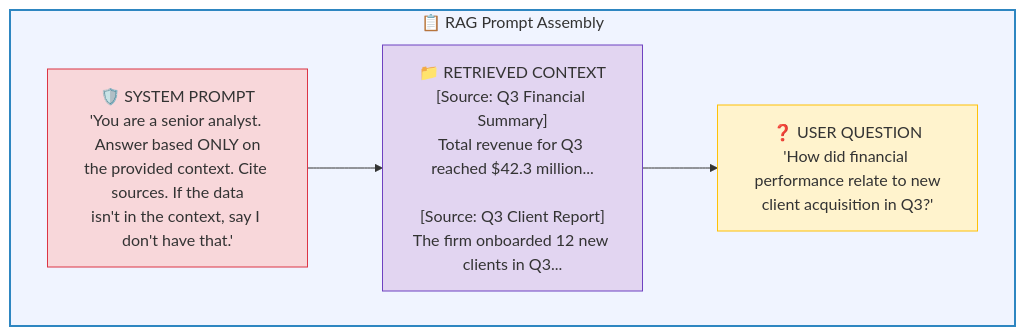
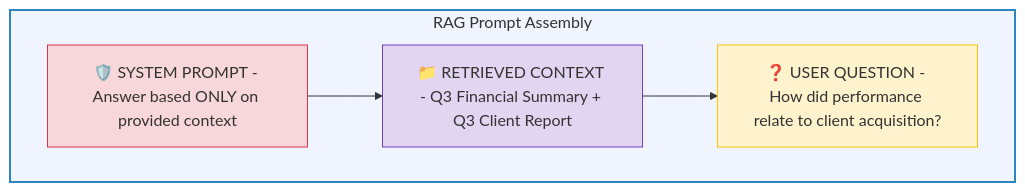
One commit to ithinktavo/GenAI-Engineering-Handbook changed the eighth of 10 diagrams in docs/04-rag-deep-dive.md. Above: the diagram before and after it, drawn with Mermaid. The commit also changed other lines of this file and 9 other files, not shown here.

First line of the commit message:
Fix Mermaid rendering: remove emoji from subgraph titles and unsupported syntax

````diff
--- a/docs/04-rag-deep-dive.md
+++ b/docs/04-rag-deep-dive.md
@@ -370,15 +370,15 @@
 ```mermaid
 graph TD
-    subgraph PROMPT["📋 RAG Prompt Assembly"]
-        S["🛡️ SYSTEM PROMPT\n'You are a senior analyst. Answer based ONLY on\nthe provided context. Cite sources. If the data\nisn't in the context, say I don't have that.'"]
-        C["📁 RETRIEVED CONTEXT\n[Source: Q3 Financial Summary]\nTotal revenue for Q3 reached $42.3 million...\n\n[Source: Q3 Client Report]\nThe firm onboarded 12 new clients in Q3..."]
-        U["❓ USER QUESTION\n'How did financial performance relate to new\nclient acquisition in Q3?'"]
+    subgraph PROMPT["RAG Prompt Assembly"]
+        S["🛡️ SYSTEM PROMPT - Answer based ONLY on provided context"]
+        C["📁 RETRIEVED CONTEXT - Q3 Financial Summary + Q3 Client Report"]
+        U["❓ USER QUESTION - How did performance relate to client acquisition?"]
 
         S --> C --> U
     end
 
     style PROMPT fill:#f0f4ff,stroke:#2E86C1,stroke-width:2px
     style S fill:#f8d7da,stroke:#dc3545
     style C fill:#e2d5f1,stroke:#6f42c1
     style U fill:#fff3cd,stroke:#ffc107
 ```
````
